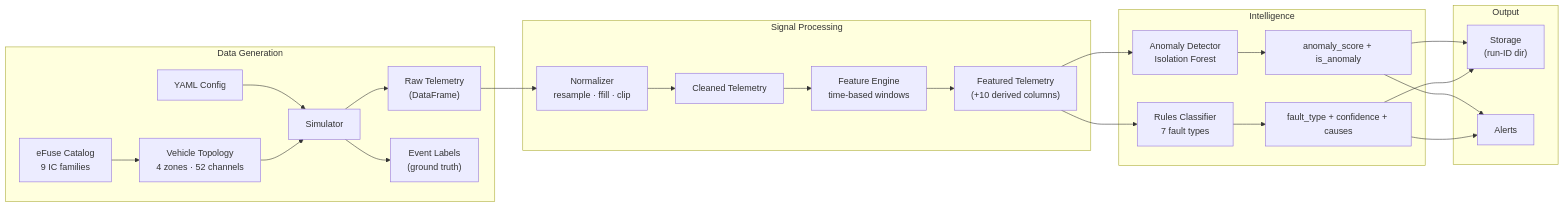
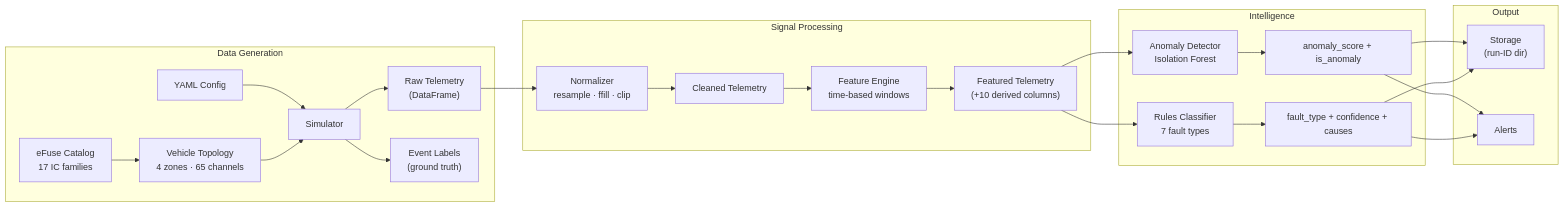
Before and after one commit to jayaprakash87/vehicle-intelligence-platform: the first of 4 diagrams in docs/01_architecture.md, drawn with Mermaid. The commit also changed other lines of this file and 14 other files, not shown here.

First line of the commit message:
refactor: refacror simulation configuration and update vehicle topology handling

````diff
--- a/docs/01_architecture.md
+++ b/docs/01_architecture.md
@@ -33,31 +33,31 @@
 ```mermaid
 flowchart LR
     subgraph Data Generation
-        CAT[eFuse Catalog<br/>9 IC families] --> TOPO[Vehicle Topology<br/>4 zones · 52 channels]
+        CAT[eFuse Catalog<br/>17 IC families] --> TOPO[Vehicle Topology<br/>4 zones · 65 channels]
         CFG[YAML Config] --> SIM[Simulator]
         TOPO --> SIM
         SIM --> RAW["Raw Telemetry<br/>(DataFrame)"]
         SIM --> LBL["Event Labels<br/>(ground truth)"]
     end
 
     subgraph Signal Processing
         RAW --> NRM[Normalizer<br/>resample · ffill · clip]
         NRM --> CLN["Cleaned Telemetry"]
         CLN --> FE[Feature Engine<br/>time-based windows]
         FE --> FEAT["Featured Telemetry<br/>(+10 derived columns)"]
     end
 
     subgraph Intelligence
         FEAT --> AD[Anomaly Detector<br/>Isolation Forest]
         FEAT --> RC[Rules Classifier<br/>7 fault types]
         AD --> SCORE[anomaly_score + is_anomaly]
         RC --> CLASS[fault_type + confidence + causes]
     end
 
     subgraph Output
         SCORE --> STR["Storage<br/>(run-ID dir)"]
         CLASS --> STR
         SCORE --> ALT[Alerts]
         CLASS --> ALT
     end
 ```
````
